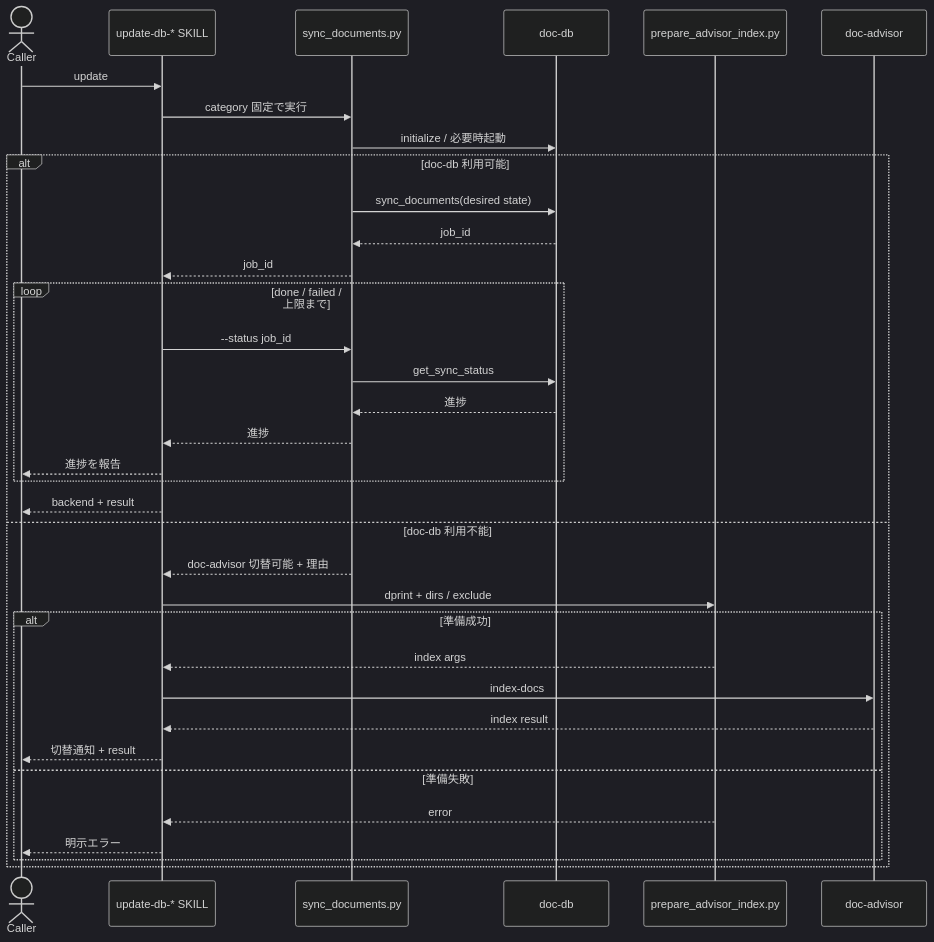
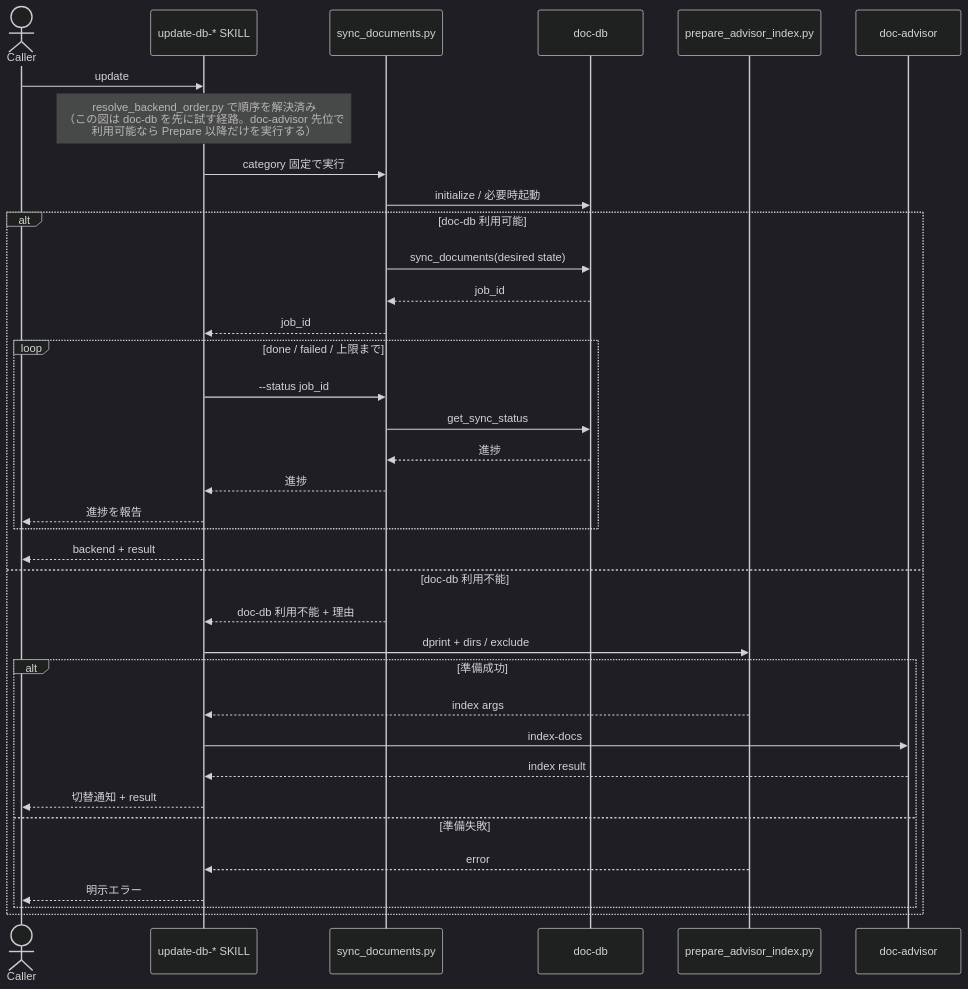
One commit to BlueEventHorizon/bw-cc-plugins changed the third of 3 diagrams in docs/specs/doc-db/design/DES-057_doc_db_backend_selection_design.md. Above: the diagram before and after it, drawn with Mermaid (dark theme). The commit also changed other lines of this file and 9 other files, not shown here.

First line of the commit message:
feat(doc-db): backend 選択を順序リスト化し既定を doc-advisor 先位へ変更（TASK-020）

````diff
--- a/docs/specs/doc-db/design/DES-057_doc_db_backend_selection_design.md
+++ b/docs/specs/doc-db/design/DES-057_doc_db_backend_selection_design.md
@@ -731,38 +752,39 @@
 ```mermaid
 sequenceDiagram
     actor Caller
     participant Skill as update-db-* SKILL
     participant Script as sync_documents.py
     participant DB as doc-db
     participant Prepare as prepare_advisor_index.py
     participant Advisor as doc-advisor
 
     Caller->>Skill: update
+    Note over Skill: resolve_backend_order.py で順序を解決済み<br/>（この図は doc-db を先に試す経路。doc-advisor 先位で<br/>利用可能なら Prepare 以降だけを実行する）
     Skill->>Script: category 固定で実行
     Script->>DB: initialize / 必要時起動
     alt doc-db 利用可能
         Script->>DB: sync_documents(desired state)
         DB-->>Script: job_id
         Script-->>Skill: job_id
         loop done / failed / 上限まで
             Skill->>Script: --status job_id
             Script->>DB: get_sync_status
             DB-->>Script: 進捗
             Script-->>Skill: 進捗
             Skill-->>Caller: 進捗を報告
         end
         Skill-->>Caller: backend + result
     else doc-db 利用不能
-        Script-->>Skill: doc-advisor 切替可能 + 理由
+        Script-->>Skill: doc-db 利用不能 + 理由
         Skill->>Prepare: dprint + dirs / exclude
         alt 準備成功
             Prepare-->>Skill: index args
             Skill->>Advisor: index-docs
             Advisor-->>Skill: index result
             Skill-->>Caller: 切替通知 + result
         else 準備失敗
             Prepare-->>Skill: error
             Skill-->>Caller: 明示エラー
         end
     end
 ```
````
